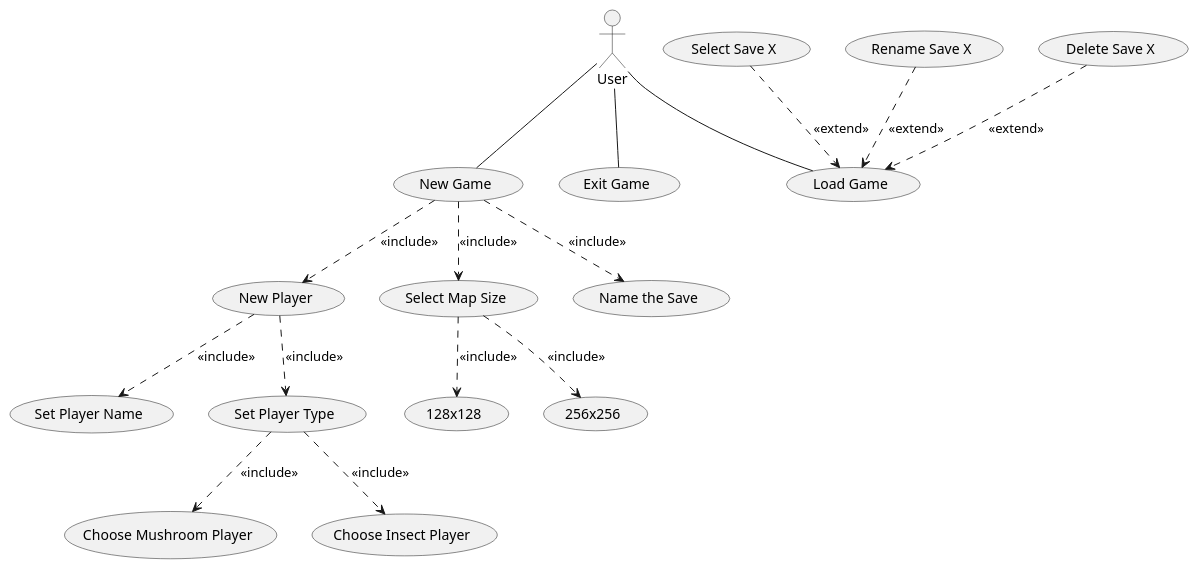
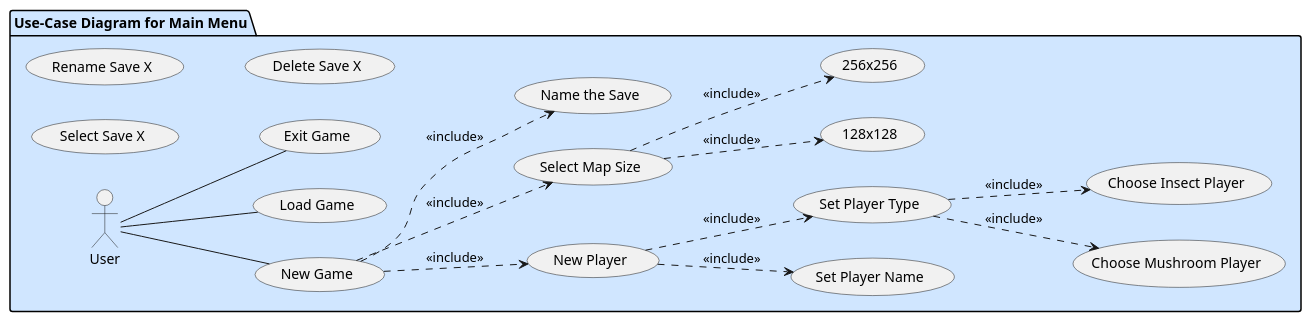
One commit to Harcipan/Projlab_nullpointerexception changed the diagram in diagrams/diagramFiles/UC_MainMenu.puml. Above: the diagram before and after it, drawn with PlantUML. The commit also changed 2 other files, not shown here.

Commit message:
UML Translation and small changes, updating .gitignore

```diff
--- a/diagrams/diagramFiles/UC_MainMenu.puml
+++ b/diagrams/diagramFiles/UC_MainMenu.puml
@@ -1,54 +1,55 @@
-@startuml
+@startuml UC_MainMenu
 
-actor User 
+package "Use-Case Diagram for Main Menu" #d0e6ff {
 
-usecase "New Game" as UC_NewGame
-usecase "Load Game" as UC_LoadGame
-usecase "Exit Game" as UC_ExitGame
+    left to right direction
 
-User -- UC_NewGame
-User -- UC_LoadGame
-User -- UC_ExitGame
+    actor User 
 
-'new game
+    usecase "New Game" as UC_NewGame
+    usecase "Load Game" as UC_LoadGame
+    usecase "Exit Game" as UC_ExitGame
 
-usecase UC_NewPlayer as "New Player"
-usecase UC_SelMapSize as "Select Map Size"
-usecase UC_NameSave as "Name the Save"
+    User -- UC_NewGame
+    User -- UC_LoadGame
+    User -- UC_ExitGame
 
-UC_NewGame  ..> UC_NewPlayer : <<include>>
-UC_NewGame  ..> UC_SelMapSize : <<include>>
-UC_NewGame  ..> UC_NameSave : <<include>>
+    'new game
 
-'select map size
-usecase UC_SetMapSize128 as "128x128"
-usecase UC_SetMapSize256 as "256x256"
+    usecase UC_NewPlayer as "New Player"
+    usecase UC_SelMapSize as "Select Map Size"
+    usecase UC_NameSave as "Name the Save"
 
-UC_SelMapSize  ..> UC_SetMapSize128 : <<include>>
-UC_SelMapSize  ..> UC_SetMapSize256 : <<include>>
+    UC_NewGame  ..> UC_NewPlayer : <<include>>
+    UC_NewGame  ..> UC_SelMapSize : <<include>>
+    UC_NewGame  ..> UC_NameSave : <<include>>
 
-'new player
-usecase UC_SetPlayerName as "Set Player Name"
-usecase UC_SetPlayerType as "Set Player Type"
+    'select map size
+    usecase UC_SetMapSize128 as "128x128"
+    usecase UC_SetMapSize256 as "256x256"
 
-UC_NewPlayer  ..> UC_SetPlayerName : <<include>>
-UC_NewPlayer  ..> UC_SetPlayerType : <<include>>
+    UC_SelMapSize  ..> UC_SetMapSize128 : <<include>>
+    UC_SelMapSize  ..> UC_SetMapSize256 : <<include>>
 
-'player types
-usecase UC_SetMushroomPlayer as "Choose Mushroom Player"
-usecase UC_SetInsectPlayer as "Choose Insect Player"
+    'new player
+    usecase UC_SetPlayerName as "Set Player Name"
+    usecase UC_SetPlayerType as "Set Player Type"
 
-UC_SetPlayerType  ..> UC_SetMushroomPlayer : <<include>>
-UC_SetPlayerType  ..> UC_SetInsectPlayer : <<include>>
+    UC_NewPlayer  ..> UC_SetPlayerName : <<include>>
+    UC_NewPlayer  ..> UC_SetPlayerType : <<include>>
 
-'load game
-usecase UC_SelectSave as "Select Save X"
-usecase UC_RenameSave as "Rename Save X"
-usecase UC_DeleteSave as "Delete Save X"
+    'player types
+    usecase UC_SetMushroomPlayer as "Choose Mushroom Player"
+    usecase UC_SetInsectPlayer as "Choose Insect Player"
 
-UC_SelectSave ..> UC_LoadGame : <<extend>>
-UC_RenameSave ..> UC_LoadGame : <<extend>>
-UC_DeleteSave ..> UC_LoadGame : <<extend>>
+    UC_SetPlayerType  ..> UC_SetMushroomPlayer : <<include>>
+    UC_SetPlayerType  ..> UC_SetInsectPlayer : <<include>>
 
+    'load game
+    usecase UC_SelectSave as "Select Save X"
+    usecase UC_RenameSave as "Rename Save X"
+    usecase UC_DeleteSave as "Delete Save X"
+
+}
 
 @enduml
```
